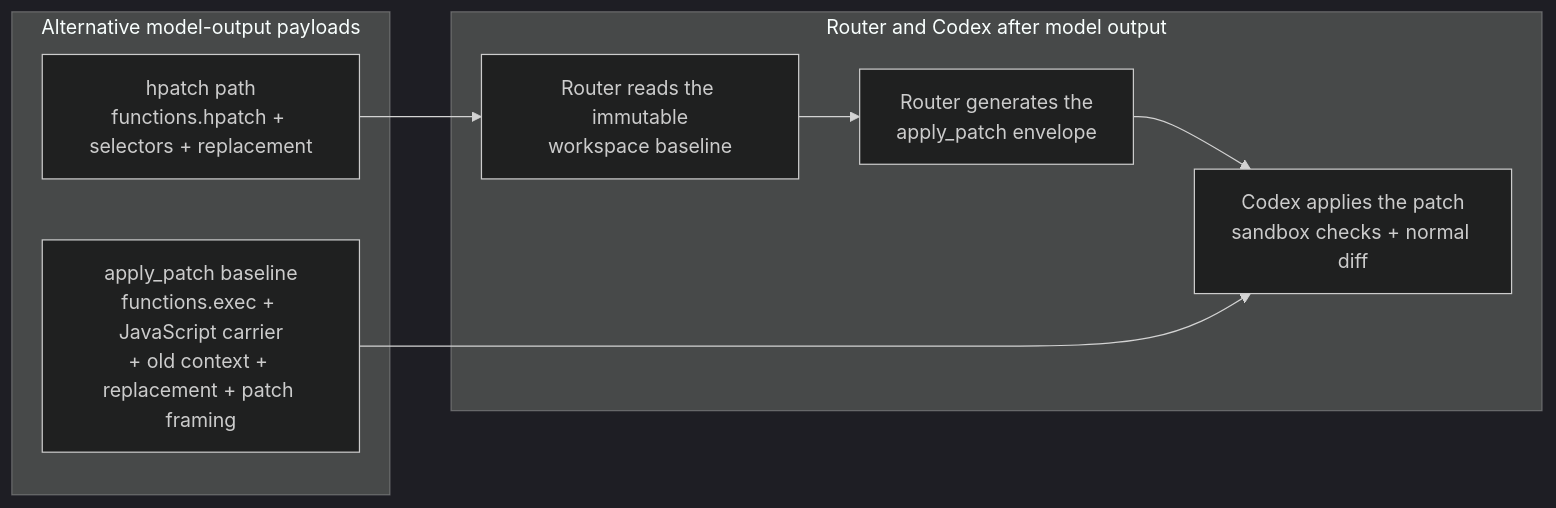
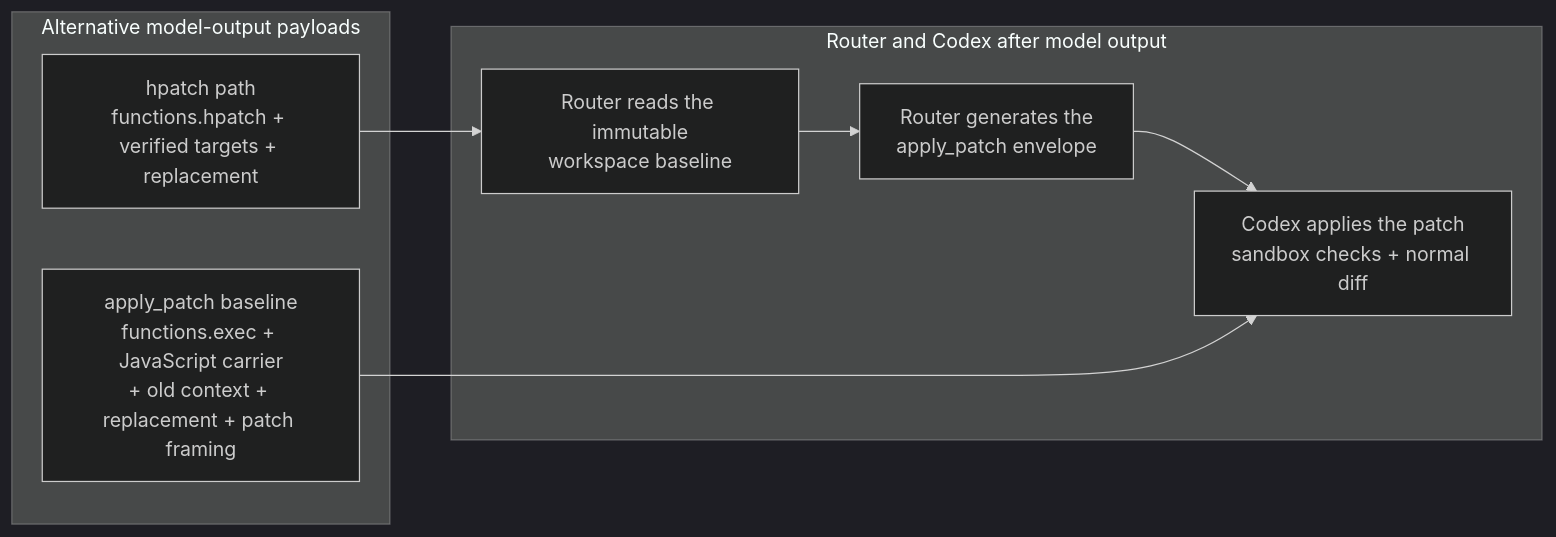
One commit to yusing/hpatch changed the diagram in README.md. Above: the diagram before and after it, drawn with Mermaid (dark theme). The commit also changed other lines of this file and 47 other files, not shown here.

First line of the commit message:
feat(hpatch): replace selector editing with HPATCH/2 targets

````diff
--- a/README.md
+++ b/README.md
@@ -21,16 +21,16 @@
 ```mermaid
 flowchart LR
     subgraph output["Alternative model-output payloads"]
-        H["hpatch path<br/>functions.hpatch + selectors + replacement"]
+        H["hpatch path<br/>functions.hpatch + verified targets + replacement"]
         A["apply_patch baseline<br/>functions.exec + JavaScript carrier<br/>+ old context + replacement + patch framing"]
     end
 
     subgraph router["Router and Codex after model output"]
         B["Router reads the immutable<br/>workspace baseline"]
         C["Router generates the<br/>apply_patch envelope"]
         D["Codex applies the patch<br/>sandbox checks + normal diff"]
     end
 
     H --> B --> C --> D
     A --> D
 ```
````
